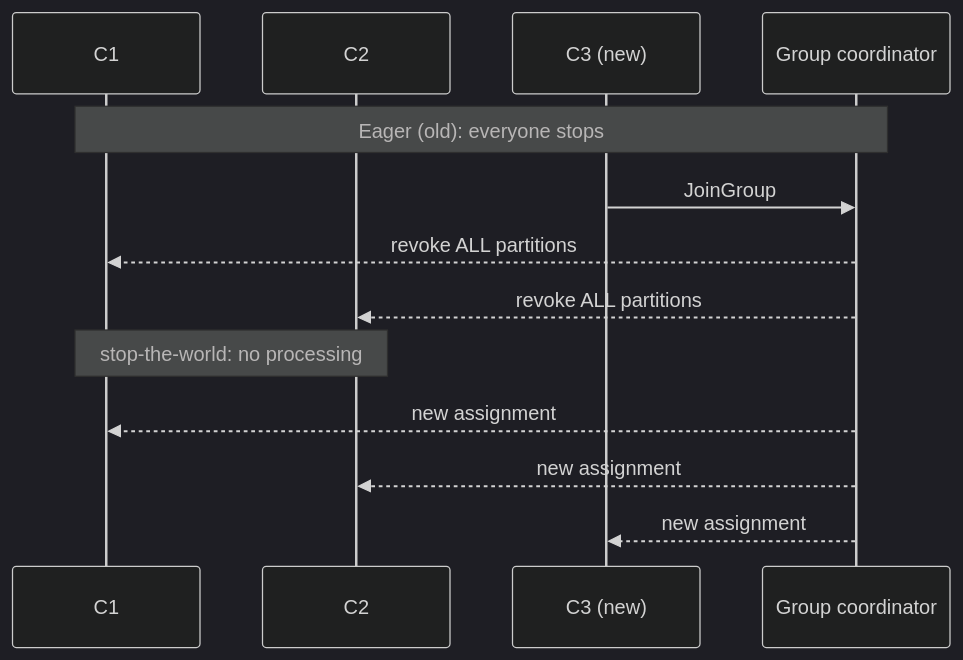
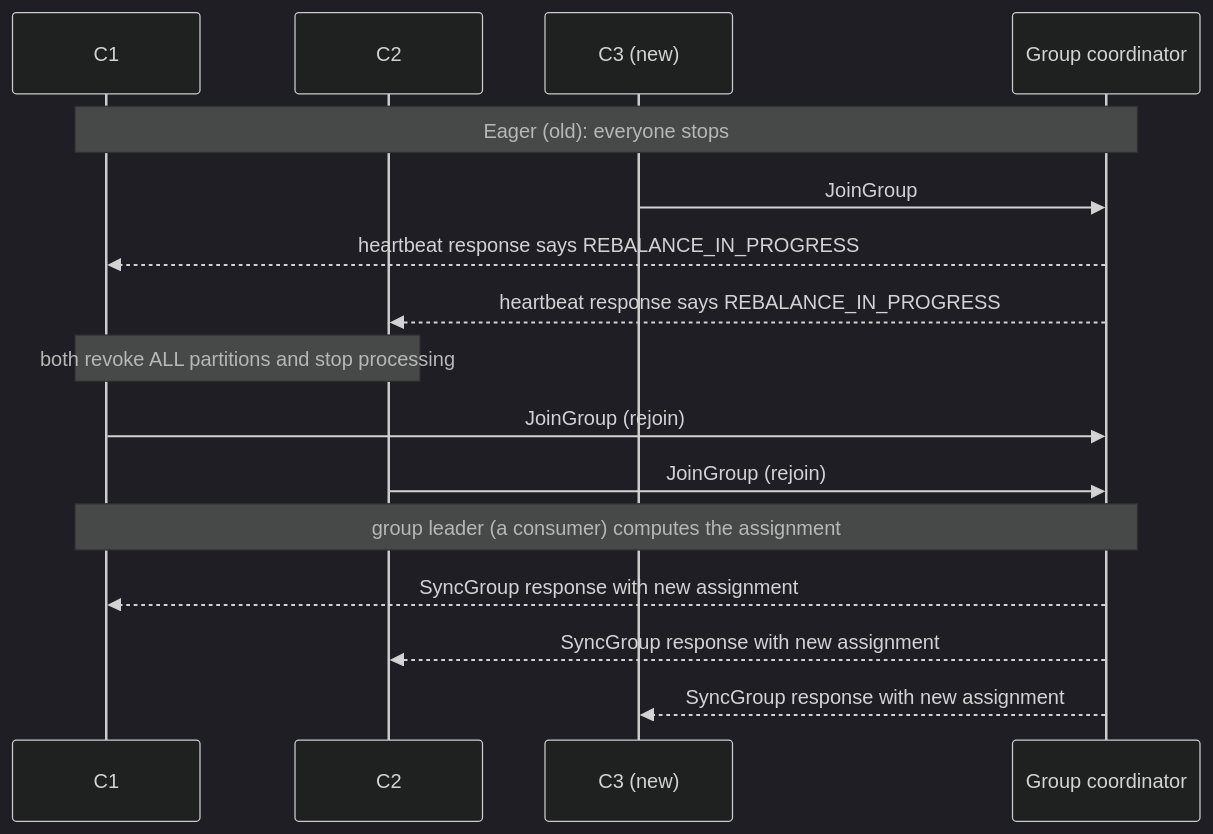
The third of 3 diagrams in docs/kafka/04-consumers-consumer-groups-rebalancing-offset-management-comm.md (vishalhulawale/knowledge-base), drawn with Mermaid (dark theme) before and after one commit. The commit also changed other lines of this file and 5 other files, not shown here.

````diff
--- a/docs/kafka/04-consumers-consumer-groups-rebalancing-offset-management-comm.md
+++ b/docs/kafka/04-consumers-consumer-groups-rebalancing-offset-management-comm.md
@@ -99,15 +102,18 @@
 ```mermaid
 sequenceDiagram
     participant C1
     participant C2
     participant C3 as C3 (new)
     participant GC as Group coordinator
     Note over C1,GC: Eager (old): everyone stops
     C3->>GC: JoinGroup
-    GC-->>C1: revoke ALL partitions
-    GC-->>C2: revoke ALL partitions
-    Note over C1,C2: stop-the-world: no processing
-    GC-->>C1: new assignment
-    GC-->>C2: new assignment
-    GC-->>C3: new assignment
+    GC-->>C1: heartbeat response says REBALANCE_IN_PROGRESS
+    GC-->>C2: heartbeat response says REBALANCE_IN_PROGRESS
+    Note over C1,C2: both revoke ALL partitions and stop processing
+    C1->>GC: JoinGroup (rejoin)
+    C2->>GC: JoinGroup (rejoin)
+    Note over C1,GC: group leader (a consumer) computes the assignment
+    GC-->>C1: SyncGroup response with new assignment
+    GC-->>C2: SyncGroup response with new assignment
+    GC-->>C3: SyncGroup response with new assignment
 ```
````
